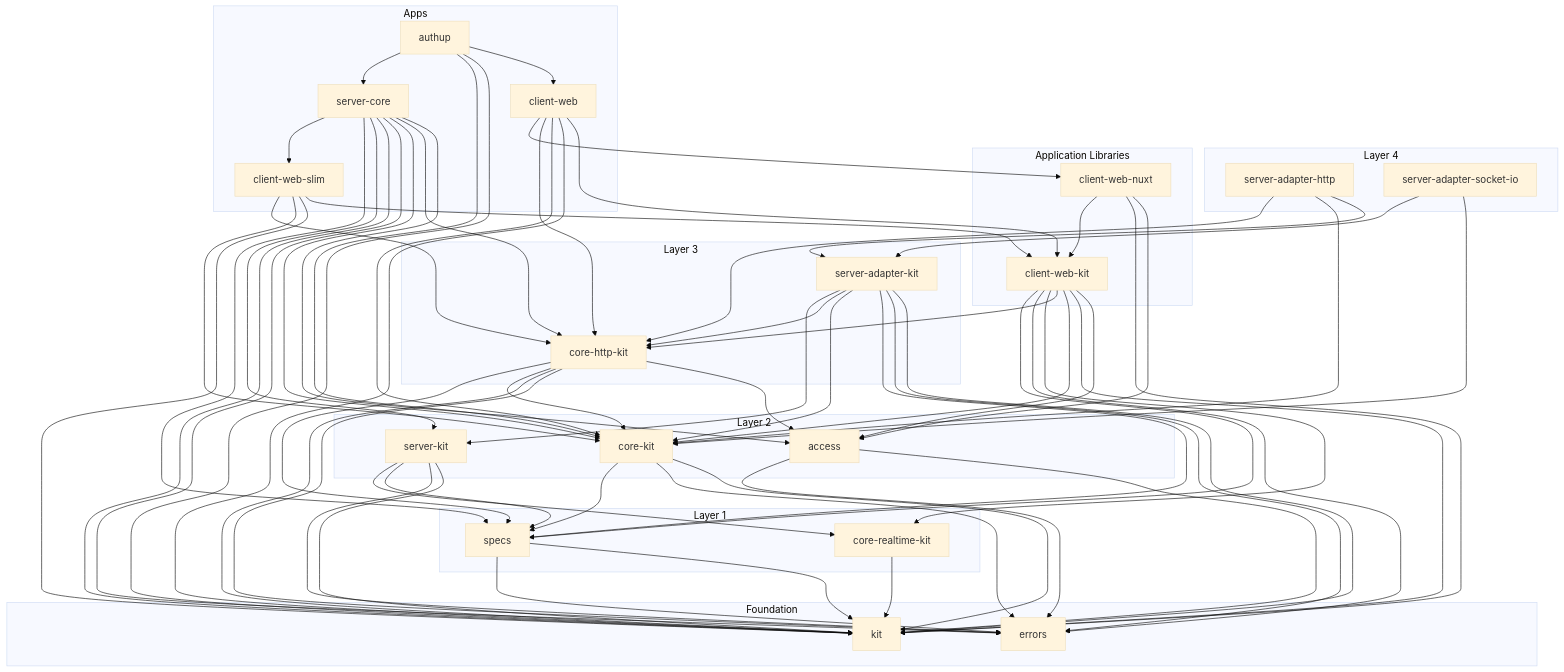
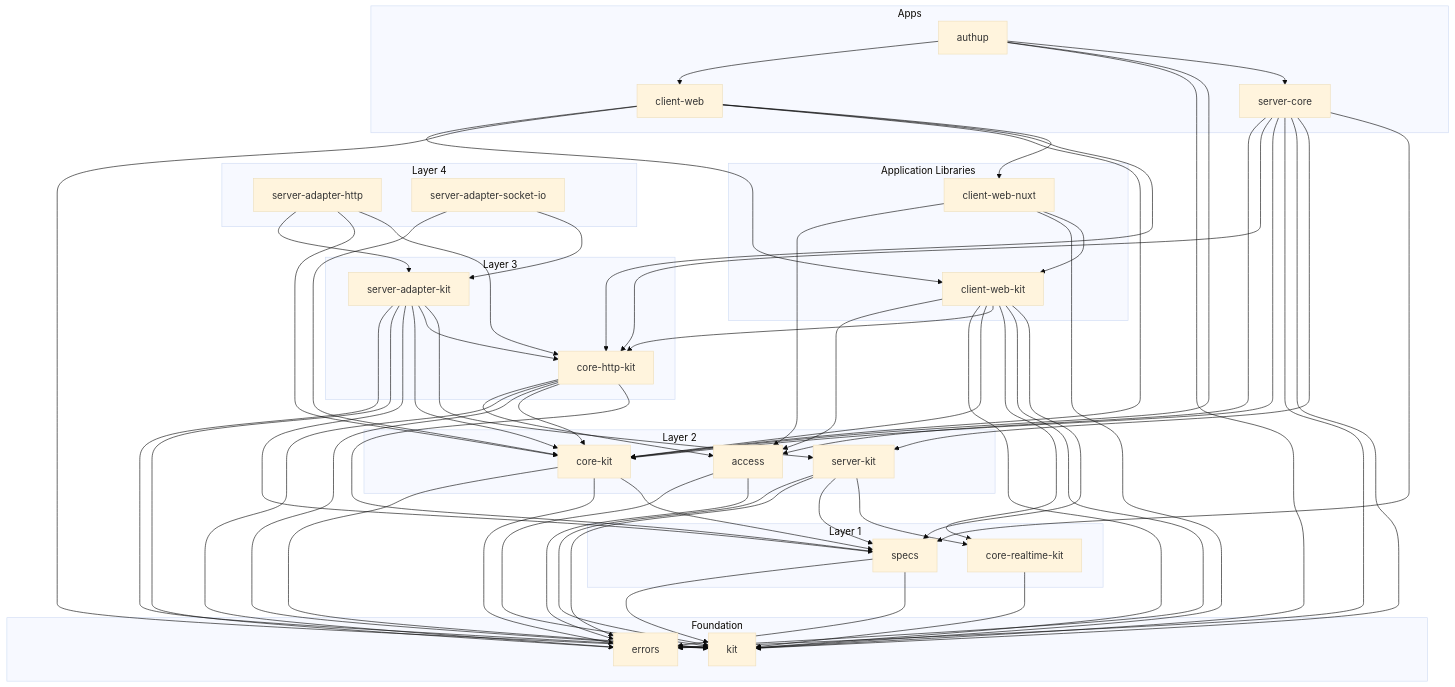
The diagram in DEPENDENCY_GRAPH.md (authup/authup), drawn with Mermaid (base theme) before and after one commit. The commit also changed 33 other files, not shown here.

First line of the commit message:
refactor: merge @authup/client-web-slim into @authup/server-core (#3011)

```diff
--- a/DEPENDENCY_GRAPH.md
+++ b/DEPENDENCY_GRAPH.md
@@ -38,7 +38,6 @@
     subgraph Apps
         server-core
         client-web
-        client-web-slim
         authup
     end
 
@@ -100,16 +99,11 @@
     server-core --> kit
     server-core --> server-kit
     server-core --> specs
-    server-core --> client-web-slim
     client-web --> client-web-kit
     client-web --> kit
     client-web --> core-kit
     client-web --> core-http-kit
     client-web --> client-web-nuxt
-    client-web-slim --> client-web-kit
-    client-web-slim --> kit
-    client-web-slim --> core-kit
-    client-web-slim --> core-http-kit
     authup --> client-web
     authup --> kit
     authup --> core-kit
```
